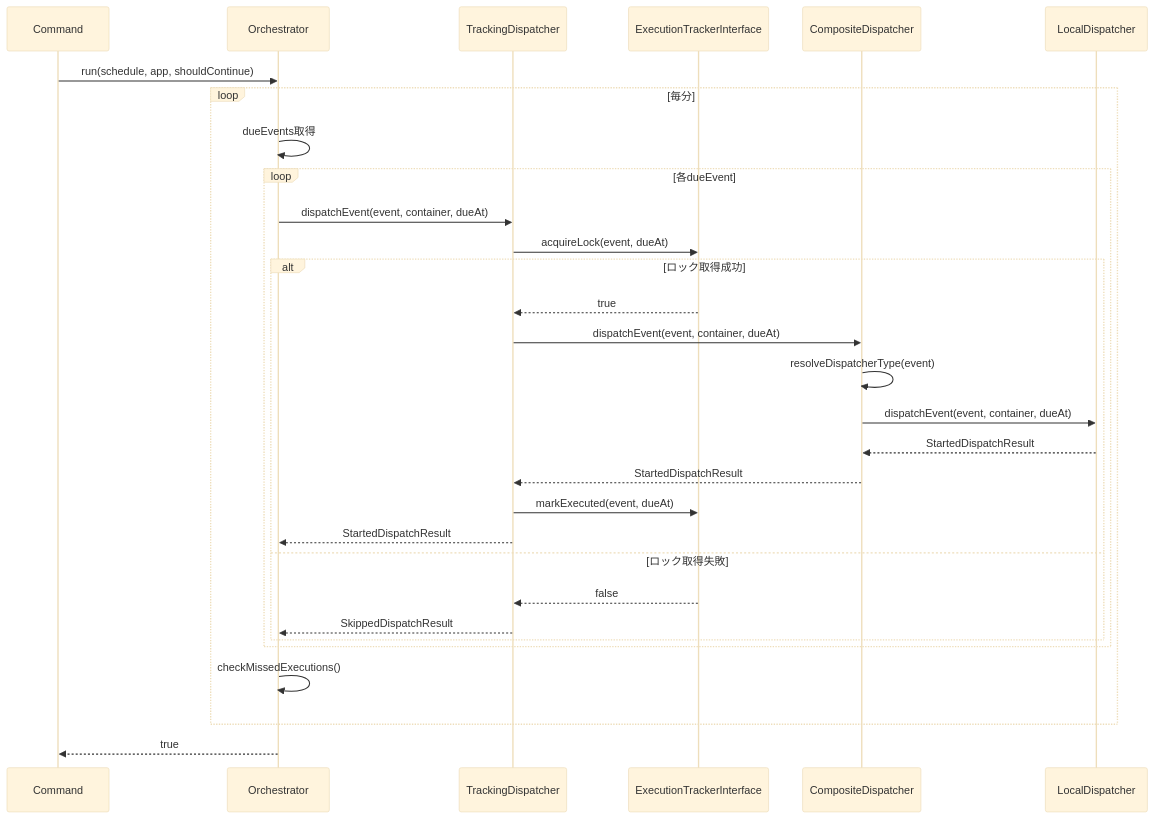
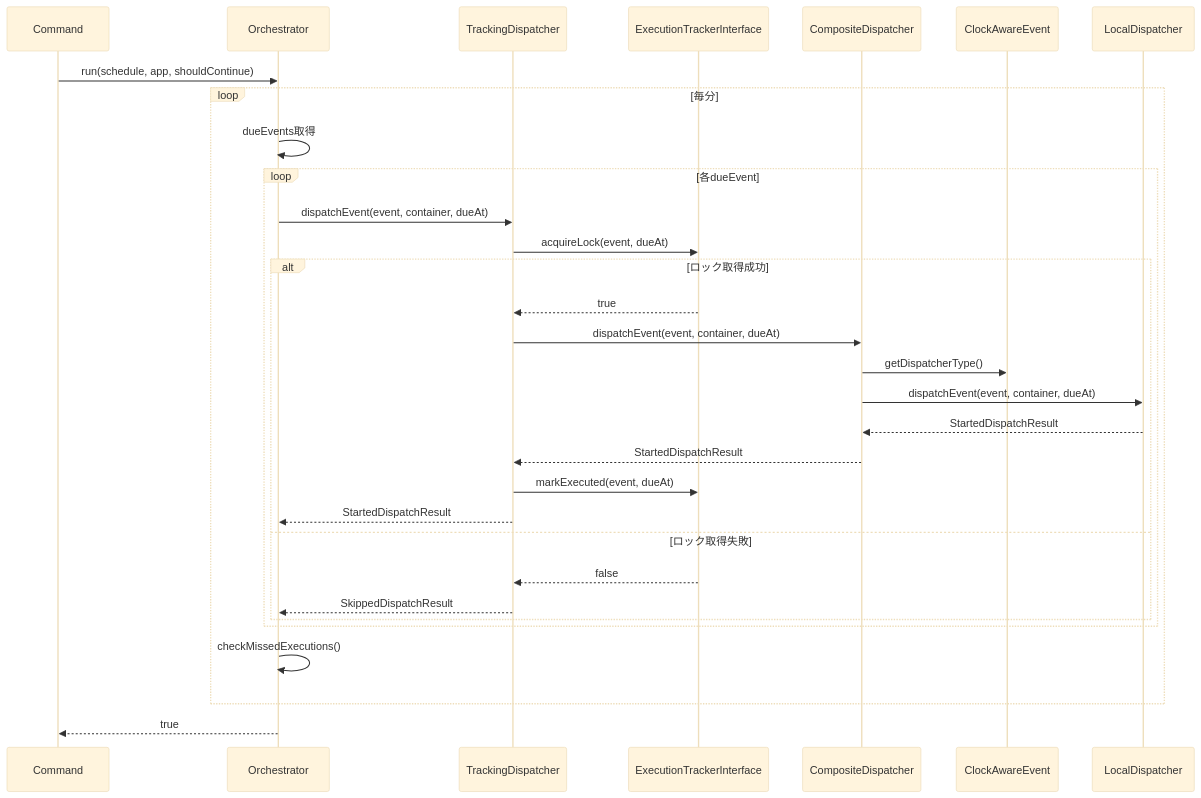
The second of 4 diagrams in docs/internals/DESIGN.ja.md (rakkofield/laravel-graceful-schedule-worker), drawn with Mermaid (base theme) before and after one commit. The commit also changed other lines of this file and 2 other files, not shown here.

First line of the commit message:
docs: Update design docs and TESTDOX_IDS.ja.md to reflect type narrowing changes

````diff
--- a/docs/internals/DESIGN.ja.md
+++ b/docs/internals/DESIGN.ja.md
@@ -442,35 +441,36 @@
 ```mermaid
 sequenceDiagram
     participant Cmd as Command
     participant Orch as Orchestrator
     participant TDisp as TrackingDispatcher
     participant Track as ExecutionTrackerInterface
     participant Comp as CompositeDispatcher
+    participant Event as ClockAwareEvent
     participant Local as LocalDispatcher
 
     Cmd->>Orch: run(schedule, app, shouldContinue)
 
     loop 毎分
         Orch->>Orch: dueEvents取得
         loop 各dueEvent
             Orch->>TDisp: dispatchEvent(event, container, dueAt)
             TDisp->>Track: acquireLock(event, dueAt)
             alt ロック取得成功
                 Track-->>TDisp: true
                 TDisp->>Comp: dispatchEvent(event, container, dueAt)
-                Comp->>Comp: resolveDispatcherType(event)
+                Comp->>Event: getDispatcherType()
                 Comp->>Local: dispatchEvent(event, container, dueAt)
                 Local-->>Comp: StartedDispatchResult
                 Comp-->>TDisp: StartedDispatchResult
                 TDisp->>Track: markExecuted(event, dueAt)
                 TDisp-->>Orch: StartedDispatchResult
             else ロック取得失敗
                 Track-->>TDisp: false
                 TDisp-->>Orch: SkippedDispatchResult
             end
         end
         Orch->>Orch: checkMissedExecutions()
     end
 
     Orch-->>Cmd: true
 ```
````
